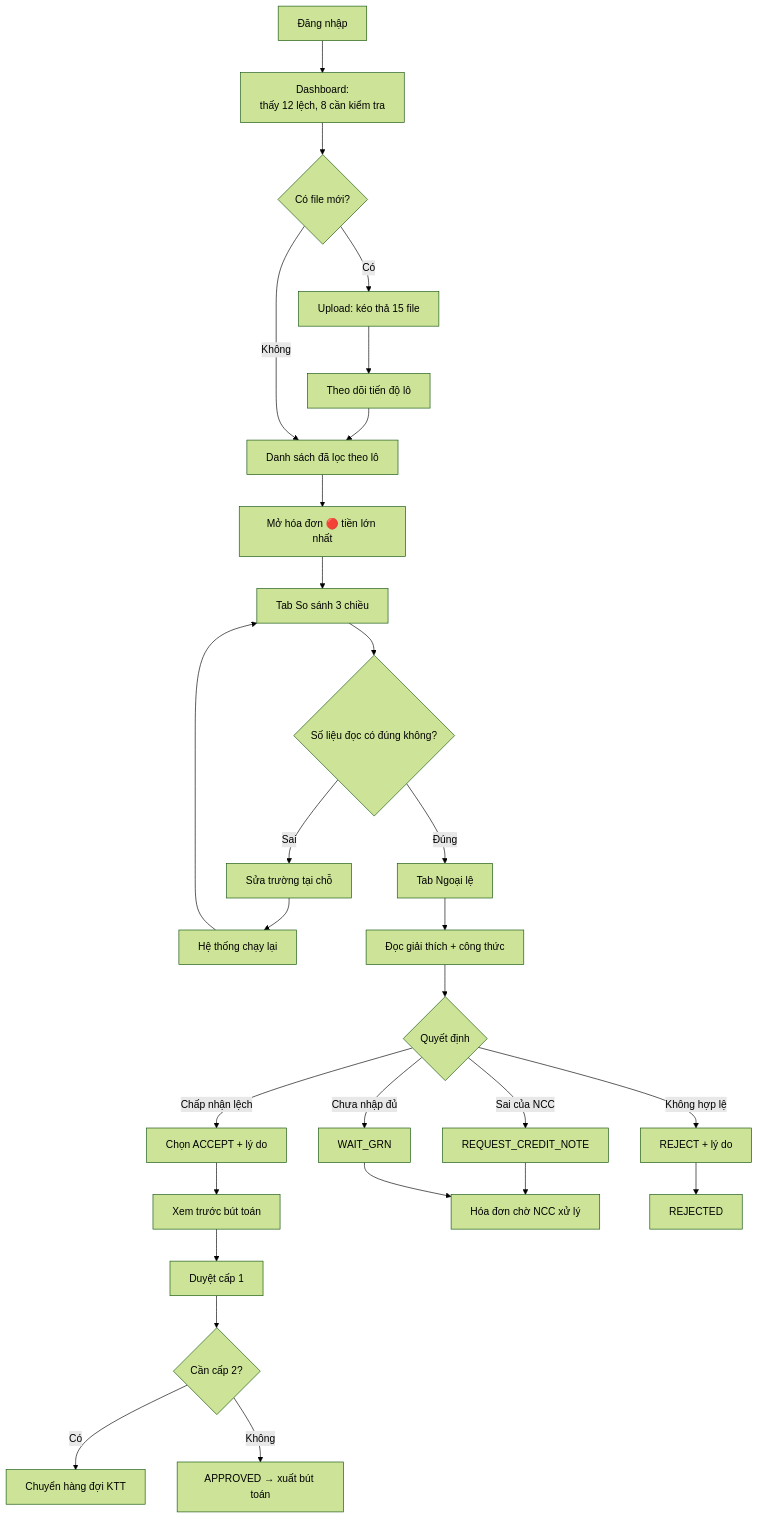
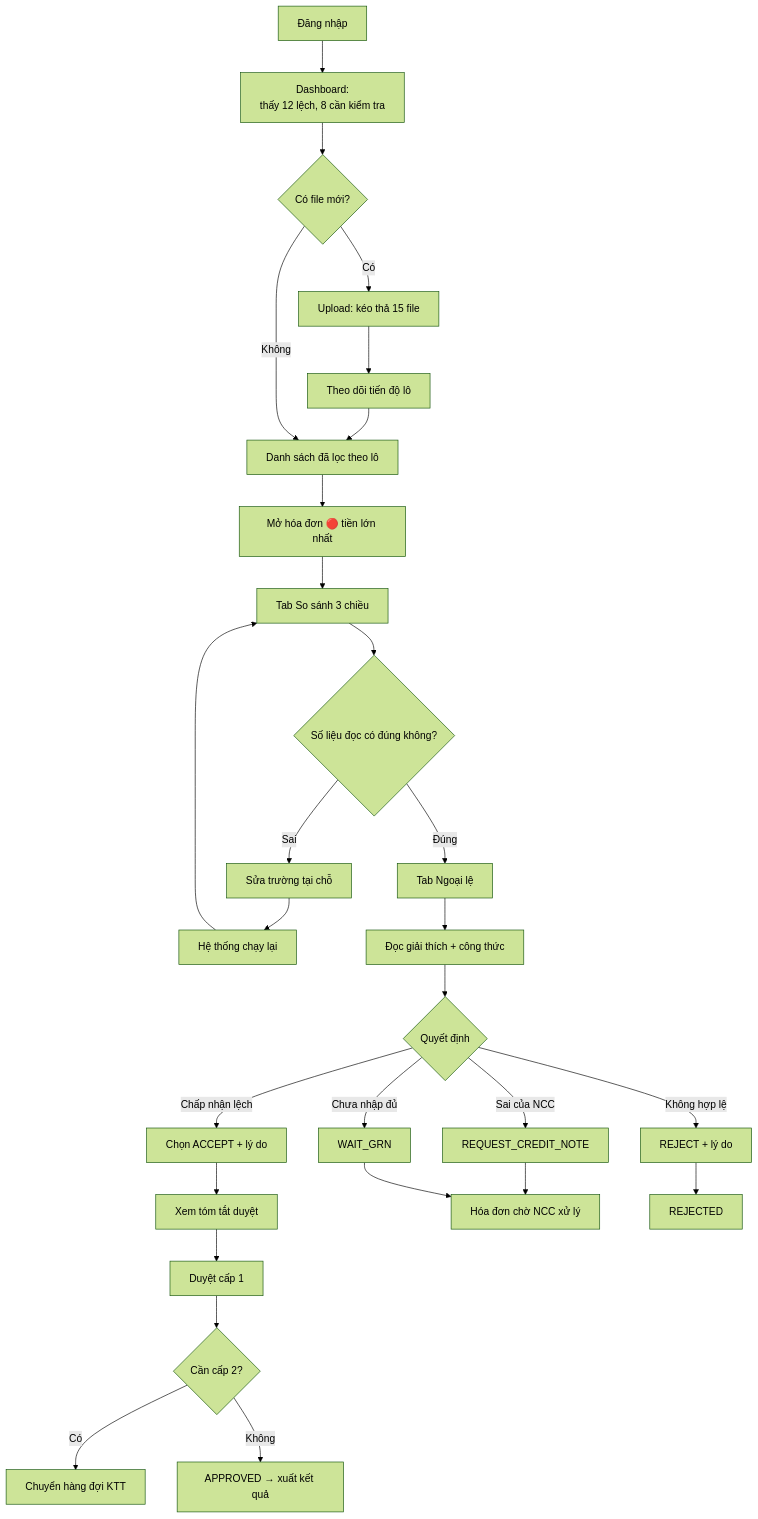
One commit to kamitoznguyen-collab/Fantastic4-BuildPhase changed the first of 3 diagrams in docs/WIREFRAME.md. Above: the diagram before and after it, drawn with Mermaid (forest theme). The commit also changed other lines of this file and 7 other files, not shown here.

````diff
--- a/docs/WIREFRAME.md
+++ b/docs/WIREFRAME.md
@@ -53,29 +53,29 @@
 ```mermaid
 graph TD
     A[Đăng nhập] --> B[Dashboard:<br/>thấy 12 lệch, 8 cần kiểm tra]
     B --> C{Có file mới?}
     C -->|Có| D[Upload: kéo thả 15 file]
     D --> E[Theo dõi tiến độ lô]
     E --> F[Danh sách đã lọc theo lô]
     C -->|Không| F
     F --> G[Mở hóa đơn 🔴 tiền lớn nhất]
     G --> H[Tab So sánh 3 chiều]
     H --> I{Số liệu đọc có đúng không?}
     I -->|Sai| J[Sửa trường tại chỗ] --> K[Hệ thống chạy lại]
     K --> H
     I -->|Đúng| L[Tab Ngoại lệ]
     L --> M[Đọc giải thích + công thức]
     M --> N{Quyết định}
     N -->|Chấp nhận lệch| O[Chọn ACCEPT + lý do]
     N -->|Sai của NCC| P[REQUEST_CREDIT_NOTE]
     N -->|Chưa nhập đủ| Q[WAIT_GRN]
     N -->|Không hợp lệ| R[REJECT + lý do]
-    O --> S[Xem trước bút toán]
+    O --> S[Xem tóm tắt duyệt]
     P --> T[Hóa đơn chờ NCC xử lý]
     Q --> T
     S --> U[Duyệt cấp 1]
     U --> V{Cần cấp 2?}
     V -->|Có| W[Chuyển hàng đợi KTT]
-    V -->|Không| X[APPROVED → xuất bút toán]
+    V -->|Không| X[APPROVED → xuất kết quả]
     R --> Y[REJECTED]
 ```
````
